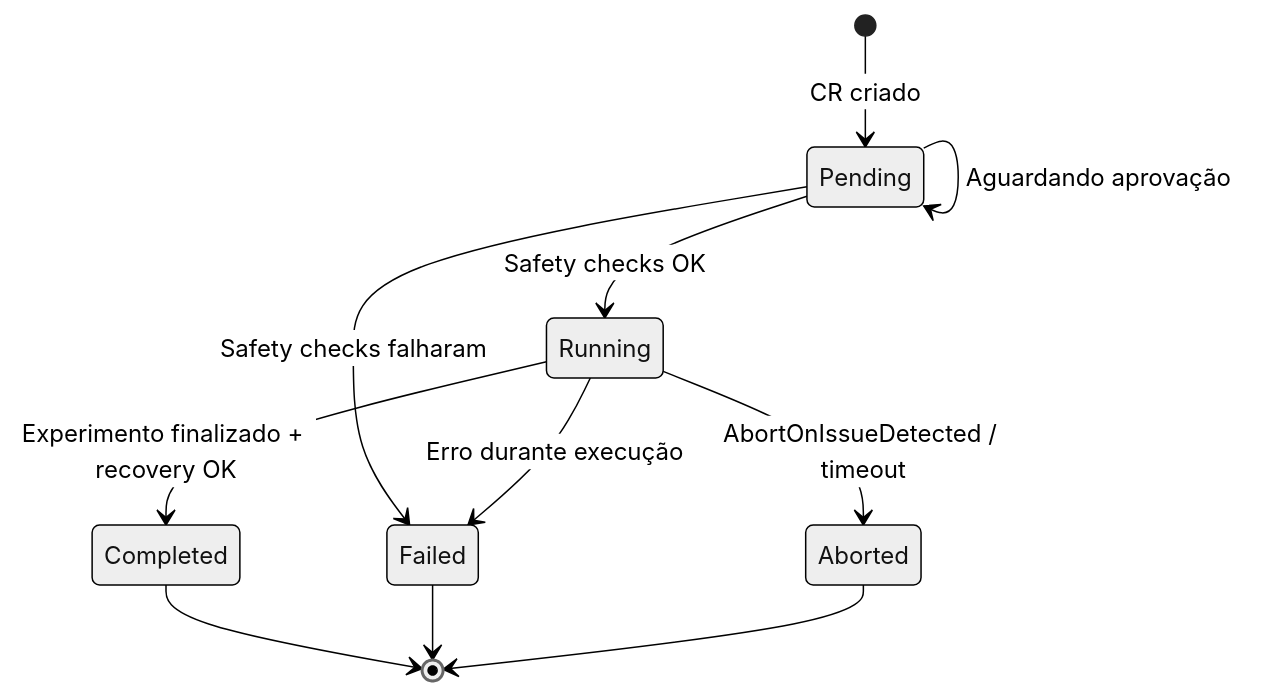
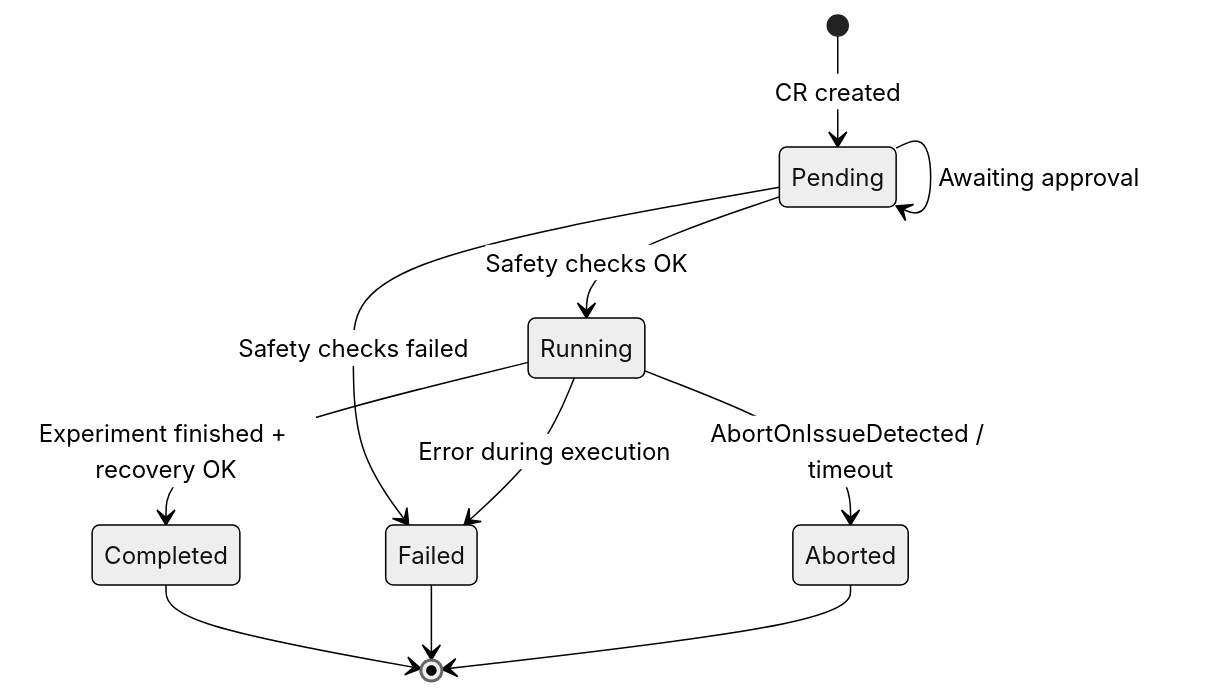
The second of 2 diagrams in features/aiops/chaos-engineering.mdx (diillson/chatcli.ai), drawn with Mermaid (neutral theme) before and after one commit. The commit also changed other lines of this file and 500 other files, not shown here.

````diff
--- a/features/aiops/chaos-engineering.mdx
+++ b/features/aiops/chaos-engineering.mdx
@@ -601,16 +576,16 @@
 ```mermaid
 stateDiagram-v2
-    [*] --> Pending: CR criado
+    [*] --> Pending: CR created
 
     Pending --> Running: Safety checks OK
-    Pending --> Failed: Safety checks falharam
-    Pending --> Pending: Aguardando aprovação
+    Pending --> Failed: Safety checks failed
+    Pending --> Pending: Awaiting approval
 
-    Running --> Completed: Experimento finalizado + recovery OK
-    Running --> Failed: Erro durante execução
+    Running --> Completed: Experiment finished + recovery OK
+    Running --> Failed: Error during execution
     Running --> Aborted: AbortOnIssueDetected / timeout
 
     Completed --> [*]
     Failed --> [*]
     Aborted --> [*]
 ```
````
